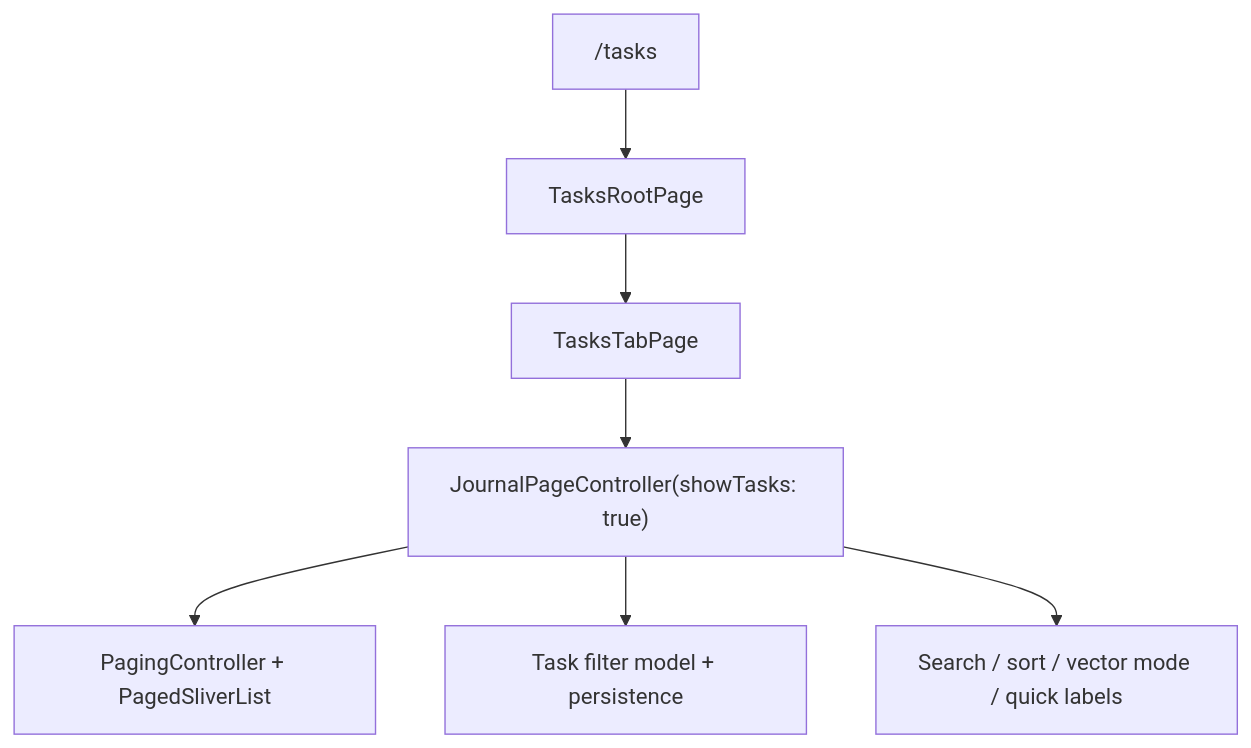
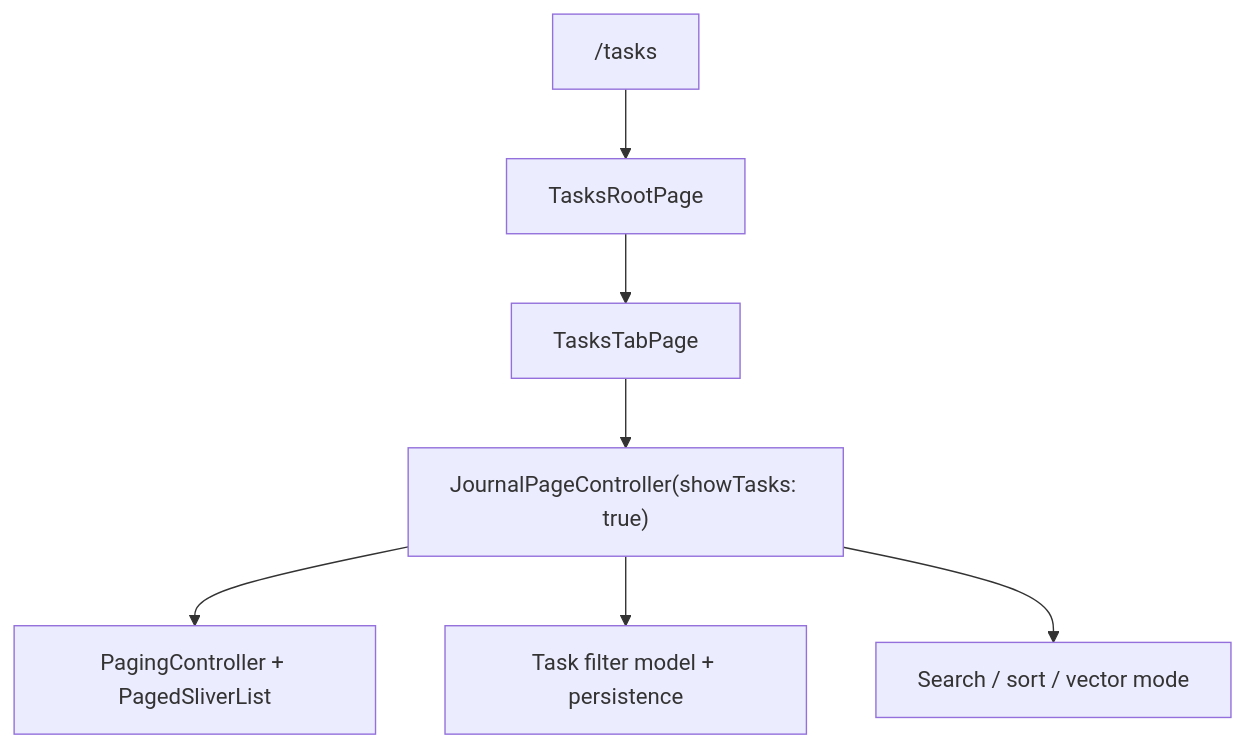
Before and after one commit to matthiasn/lotti: diagram 13 of 14 in lib/features/tasks/README.md, drawn with Mermaid. The commit also changed other lines of this file and 86 other files, not shown here.

Commit message:
feat: unify filter modal flows (#3467)

````diff
--- a/lib/features/tasks/README.md
+++ b/lib/features/tasks/README.md
@@ -594,10 +594,10 @@
 ```mermaid
 flowchart TD
   Route["/tasks"] --> Root["TasksRootPage"]
   Root --> Redesign["TasksTabPage"]
 
   Redesign --> PageCtl["JournalPageController(showTasks: true)"]
   PageCtl --> Paging["PagingController + PagedSliverList"]
   PageCtl --> Filters["Task filter model + persistence"]
-  PageCtl --> Search["Search / sort / vector mode / quick labels"]
+  PageCtl --> Search["Search / sort / vector mode"]
 ```
````
